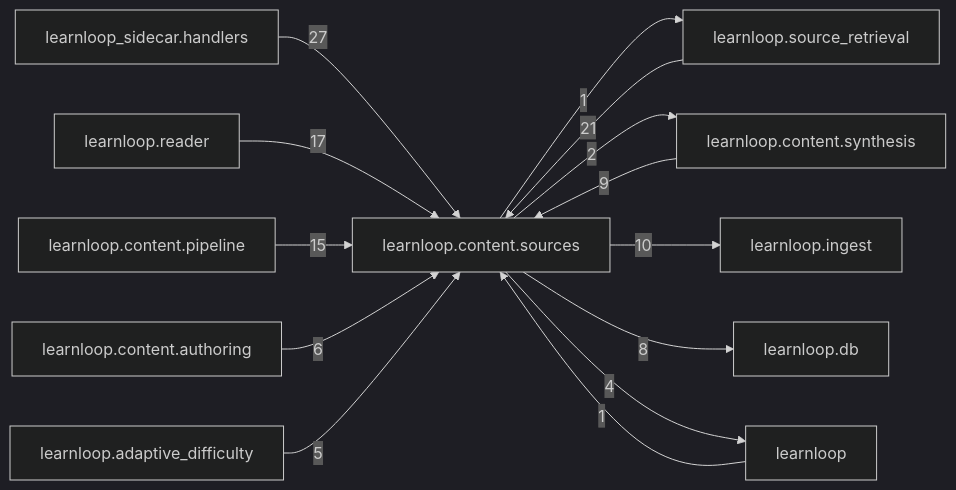
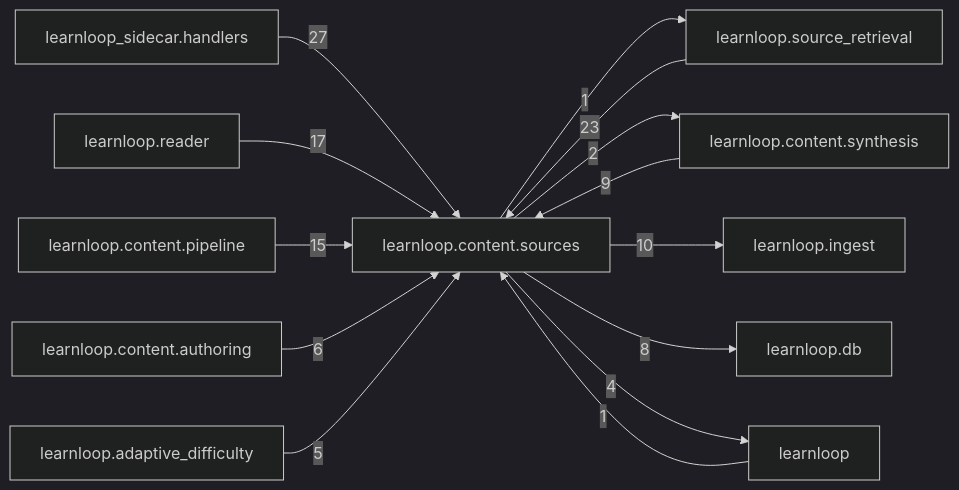
The diagram in docs/learnloop-architecture-vault/Reference/Modules/learnloop/content/sources/_package.md (6up-b/learnanything), drawn with Mermaid (dark theme) before and after one commit. The commit also changed other lines of this file and 489 other files, not shown here.

````diff
--- a/docs/learnloop-architecture-vault/Reference/Modules/learnloop/content/sources/_package.md
+++ b/docs/learnloop-architecture-vault/Reference/Modules/learnloop/content/sources/_package.md
@@ -125,27 +125,27 @@
 ```mermaid
 flowchart LR
     center["learnloop.content.sources"]
     n_learnloop_sidecar_handlers["learnloop_sidecar.handlers"]
     n_learnloop_source_retrieval["learnloop.source_retrieval"]
     n_learnloop_reader["learnloop.reader"]
     n_learnloop_content_pipeline["learnloop.content.pipeline"]
     n_learnloop_content_synthesis["learnloop.content.synthesis"]
     n_learnloop_ingest["learnloop.ingest"]
     n_learnloop_db["learnloop.db"]
     n_learnloop_content_authoring["learnloop.content.authoring"]
     n_learnloop["learnloop"]
     n_learnloop_adaptive_difficulty["learnloop.adaptive_difficulty"]
     n_learnloop_sidecar_handlers -->|27| center
-    n_learnloop_source_retrieval -->|21| center
+    n_learnloop_source_retrieval -->|23| center
     center -->|1| n_learnloop_source_retrieval
     n_learnloop_reader -->|17| center
     n_learnloop_content_pipeline -->|15| center
     n_learnloop_content_synthesis -->|9| center
     center -->|2| n_learnloop_content_synthesis
     center -->|10| n_learnloop_ingest
     center -->|8| n_learnloop_db
     n_learnloop_content_authoring -->|6| center
     n_learnloop -->|1| center
     center -->|4| n_learnloop
     n_learnloop_adaptive_difficulty -->|5| center
 ```
````
